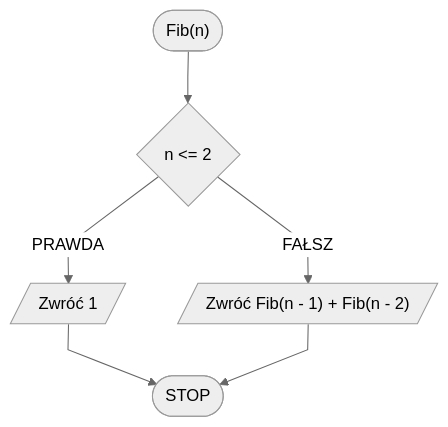
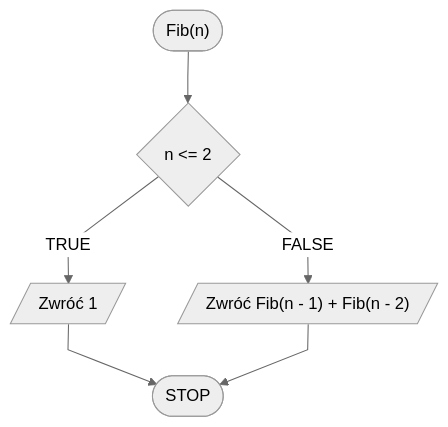
The first of 2 diagrams in docs/algorithms/integers/fibonacci-numbers.md (blackbat13/edu-cs-htiew-en), drawn with Mermaid before and after one commit. The commit also changed other lines of this file and 682 other files, not shown here.

````diff
--- a/docs/algorithms/integers/fibonacci-numbers.md
+++ b/docs/algorithms/integers/fibonacci-numbers.md
@@ -47,9 +47,9 @@
 ```mermaid
 %%{init: {"flowchart": {"curve": "linear"}, "theme": "neutral"} }%%
 flowchart TD
 	START(["Fib(n)"]) --> K1{n <= 2}
-	K1 -- PRAWDA --> K2[/Zwróć 1/]
+	K1 -- TRUE --> K2[/Zwróć 1/]
 	K2 --> STOP([STOP])
-	K1 -- FAŁSZ --> K3[/"Zwróć Fib(n - 1) + Fib(n - 2)"/]
+	K1 -- FALSE --> K3[/"Zwróć Fib(n - 1) + Fib(n - 2)"/]
 	K3 --> STOP
 ```
````
